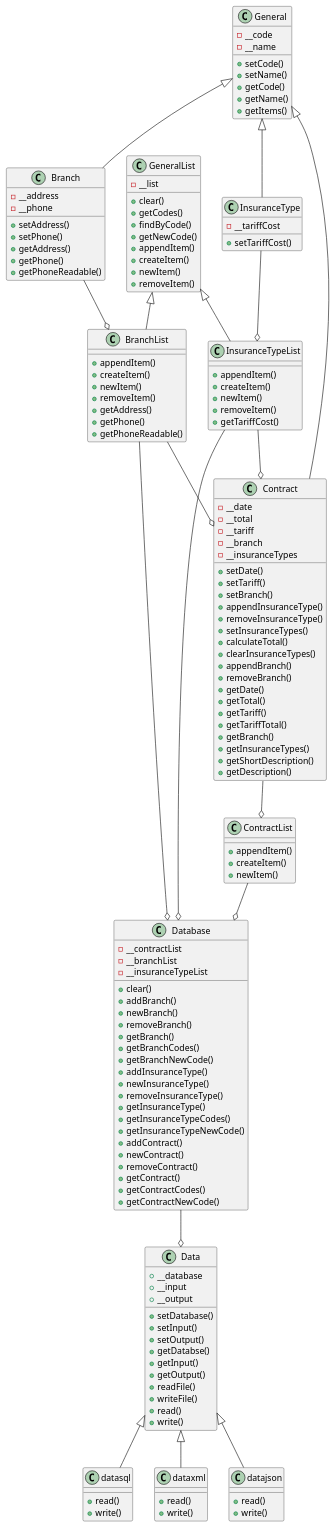
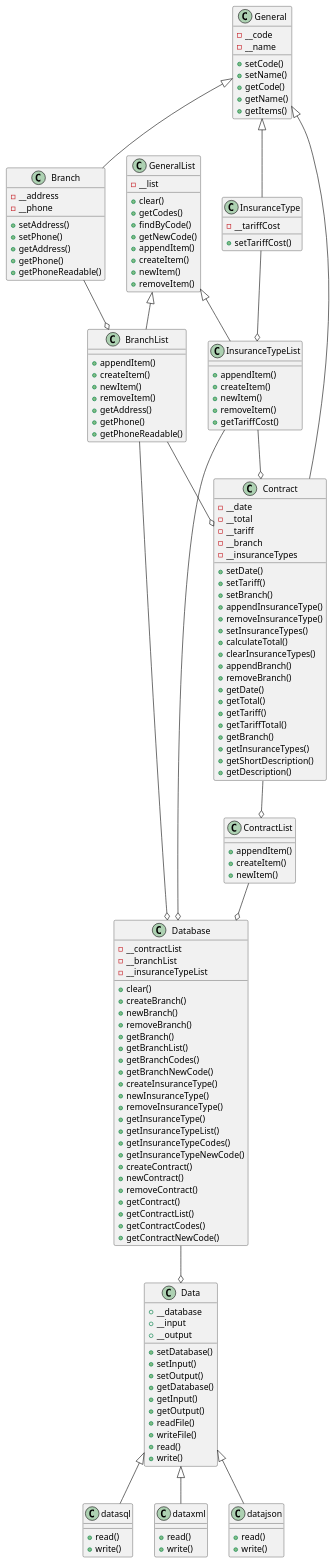
One commit to alephir/ssu-3sem-oop changed the diagram in diagram.wsd. Above: the diagram before and after it, drawn with PlantUML. The commit also changed 5 other files, not shown here.

```diff
--- a/diagram.wsd
+++ b/diagram.wsd
@@ -1,166 +1,169 @@
 @startuml InsuranceCompany
 
 class General{
   - __code
   - __name
   + setCode()
   + setName()
   + getCode()
   + getName()
   + getItems()
 }
 
 class Branch{
   - __address
   - __phone
   + setAddress()
   + setPhone()
   + getAddress()
   + getPhone()
   + getPhoneReadable()
 }
 
 class InsuranceType{
   - __tariffCost
   + setTariffCost()
 }
 
 class GeneralList{
   - __list
   + clear()
   + getCodes()
   + findByCode()
   + getNewCode()
   + appendItem()
   + createItem()
   + newItem()
   + removeItem()
 }
 
 class BranchList{
   + appendItem()
   + createItem()
   + newItem()
   + removeItem()
   + getAddress()
   + getPhone()
   + getPhoneReadable()
 }
 
 class InsuranceTypeList{
   + appendItem()
   + createItem()
   + newItem()
   + removeItem()
   + getTariffCost()
 }
 
 class Contract{
   - __date
   - __total
   - __tariff
   - __branch
   - __insuranceTypes
   + setDate()
   + setTariff()
   + setBranch()
   + appendInsuranceType()
   + removeInsuranceType()
   + setInsuranceTypes()
   + calculateTotal()
   + clearInsuranceTypes()
   + appendBranch()
   + removeBranch()
   + getDate()
   + getTotal()
   + getTariff()
   + getTariffTotal()
   + getBranch()
   + getInsuranceTypes()
   + getShortDescription()
   + getDescription()
 }
 
 class ContractList{
     + appendItem()
     + createItem()
     + newItem()
 }
 
 class Database{
     - __contractList
     - __branchList
     - __insuranceTypeList
     + clear()
-    + addBranch()
+    + createBranch()
     + newBranch()
     + removeBranch()
     + getBranch()
+    + getBranchList()
     + getBranchCodes()
     + getBranchNewCode()
-    + addInsuranceType()
+    + createInsuranceType()
     + newInsuranceType()
     + removeInsuranceType()
     + getInsuranceType()
+    + getInsuranceTypeList()
     + getInsuranceTypeCodes()
     + getInsuranceTypeNewCode()
-    + addContract()
+    + createContract()
     + newContract()
     + removeContract()
     + getContract()
+    + getContractList()
     + getContractCodes()
     + getContractNewCode()
 }
 
 class Data{
     + __database
     + __input
     + __output
     + setDatabase()
     + setInput()
     + setOutput()
-    + getDatabse()
+    + getDatabase()
     + getInput()
     + getOutput()
     + readFile()
     + writeFile()
     + read()
     + write()
 }
 
 class datasql{
   + read()
   + write()
 }
 
 class dataxml{
   + read()
   + write()
 }
 
 class datajson{
   + read()
   + write()
 }
 
 
 General <|-- Branch
 General <|-- Contract
 General <|-- InsuranceType
 GeneralList <|-- BranchList
 Branch --o BranchList
 BranchList --o Contract
 GeneralList <|-- InsuranceTypeList
 InsuranceType --o InsuranceTypeList
 InsuranceTypeList --o Contract
 
 Contract --o ContractList
 ContractList --o Database
 BranchList --o Database
 InsuranceTypeList --o Database
 Database --o Data
 Data <|-- datasql
 Data <|-- dataxml
 Data <|-- datajson
 
 @enduml
```
